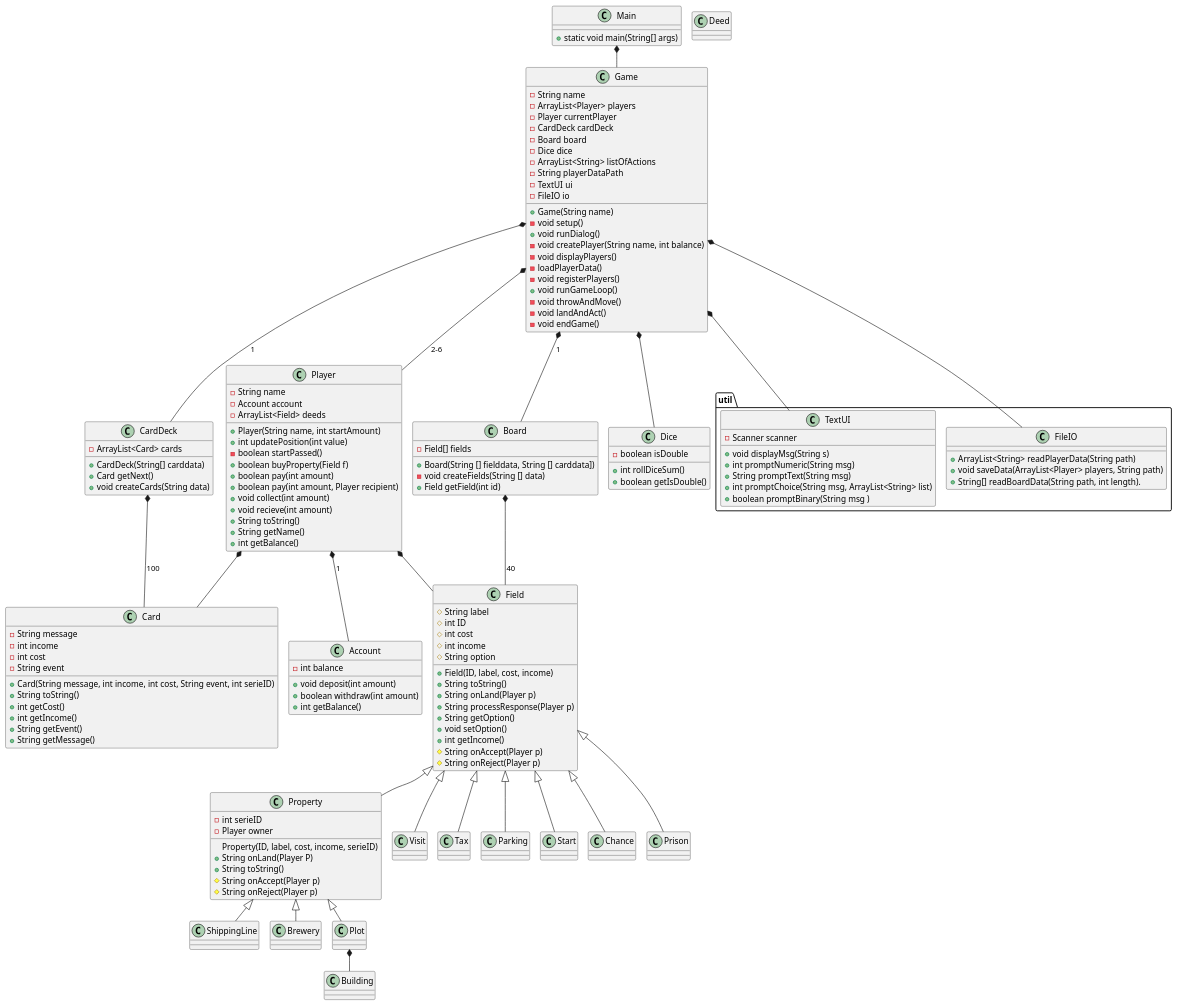
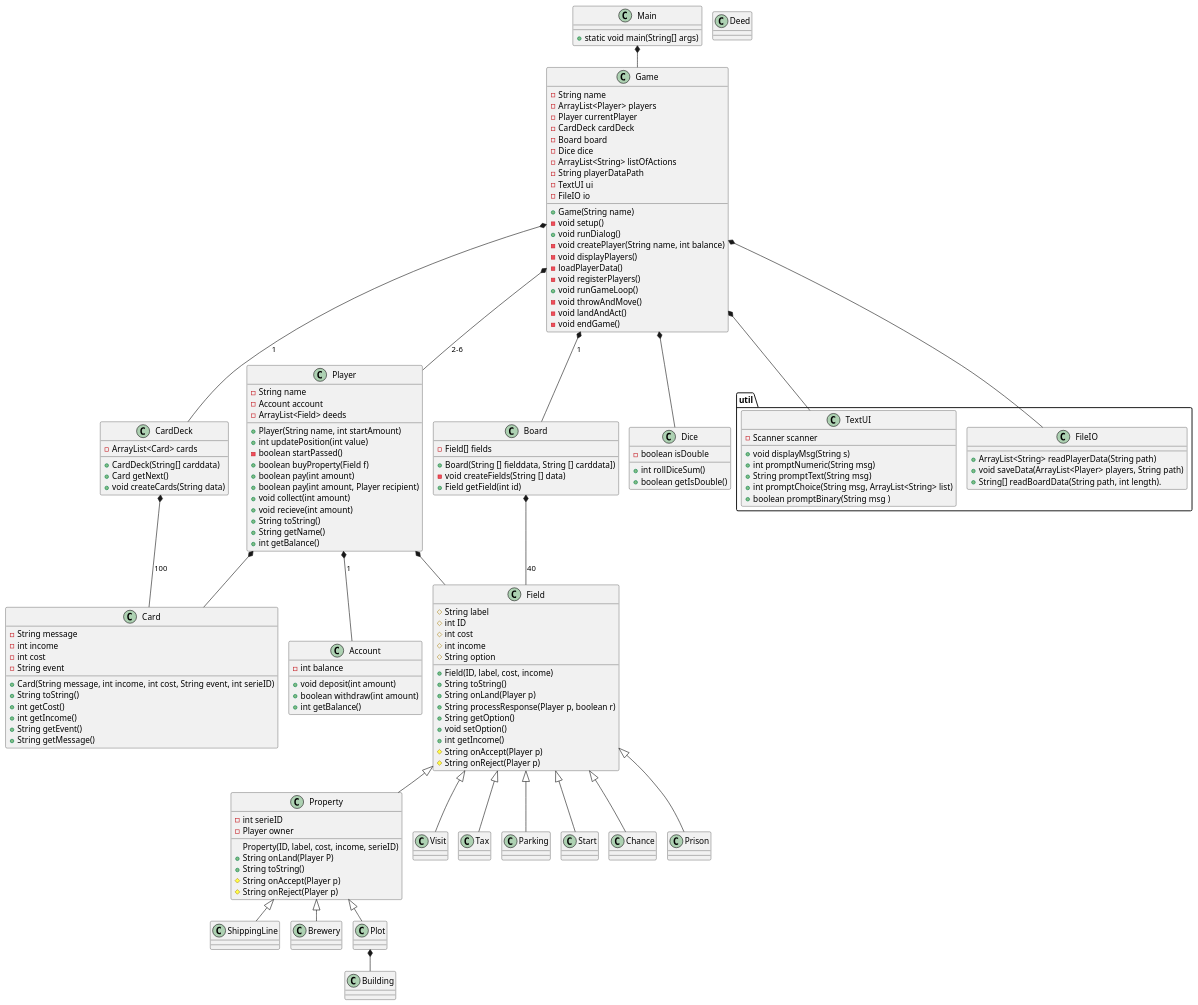
The diagram in doc/Plan/static/classdiagram_v2.puml (Dat1Cphbusiness/MonopolyE24), drawn with PlantUML before and after one commit.

Commit message:
fixed, processrespons parameter

```diff
--- a/doc/Plan/static/classdiagram_v2.puml
+++ b/doc/Plan/static/classdiagram_v2.puml
@@ -1,173 +1,173 @@
 @startuml
 !pragma layout smetana
 class Main{
 + static void main(String[] args)
 }
 
 
 
 
 class Game{
  - String name
  - ArrayList<Player> players
  - Player currentPlayer
  - CardDeck cardDeck
  - Board board
  - Dice dice
  'utilities
   - ArrayList<String> listOfActions
   - String playerDataPath
   - TextUI ui
   - FileIO io
   'Contructor
  + Game(String name)
  'Methods
  - void setup()
  + void runDialog()
  - void createPlayer(String name, int balance)
  - void displayPlayers()
   - loadPlayerData()
  - void registerPlayers()
  + void runGameLoop()
  - void throwAndMove()
  - void landAndAct()
  - void endGame()
 
 }
 
 class Player{
 - String name
 - Account account
 - ArrayList<Field> deeds
 + Player(String name, int startAmount)
 + int updatePosition(int value)
 - boolean startPassed()
 + boolean buyProperty(Field f)
 + boolean pay(int amount)
 + boolean pay(int amount, Player recipient)
 + void collect(int amount)
 + void recieve(int amount)
 + String toString()
 + String getName()
 + int getBalance()
 }
 class Account{
 - int balance
 + void deposit(int amount)
 + boolean withdraw(int amount)
 + int getBalance()
 }
 
 
 
 
 class Field{
  # String label
  # int ID
  # int cost
  # int income
  #String option
  + Field(ID, label, cost, income)
  + String toString()
  + String onLand(Player p)
- + String processResponse(Player p)
+ + String processResponse(Player p, boolean r)
  + String getOption()
  + void setOption()
  + int getIncome()
  # String onAccept(Player p)
  # String onReject(Player p)
 }
 class Property{
 - int serieID
 - Player owner
 Property(ID, label, cost, income, serieID)
 +String onLand(Player P)
 +String toString()
 #String onAccept(Player p)
 #String onReject(Player p)
 }
 class Board{
  - Field[] fields
  + Board(String [] fielddata, String [] carddata])
  - void createFields(String [] data)
  + Field getField(int id)
 }
 
 class CardDeck {
 - ArrayList<Card> cards
 + CardDeck(String[] carddata)
 + Card getNext()
 + void createCards(String data)
 }
 class Card{
 -String message
 -int income
 -int cost
 -String event
 +Card(String message, int income, int cost, String event, int serieID)
 +String toString()
 + int getCost()
 + int getIncome()
 + String getEvent()
 + String getMessage()
 }
 
 class Dice{
  - boolean isDouble
  +int rollDiceSum()
  +boolean getIsDouble()
  }
  class Visit
  class Tax
  class Parking
  class Start
  class Chance
  class ShippingLine
  class Brewery
  class Building
  class Deed
  class Plot
 
 package "util" {
 class TextUI{
 - Scanner scanner
 + void displayMsg(String s)
 + int promptNumeric(String msg)
 + String promptText(String msg)
 + int promptChoice(String msg, ArrayList<String> list)
 + boolean promptBinary(String msg )
 }
 class FileIO{
 + ArrayList<String> readPlayerData(String path)
 + void saveData(ArrayList<Player> players, String path)
 + String[] readBoardData(String path, int length).
 }
 }
 
 Game *-- TextUI
 Main *-- Game
 Game *-- Player: 2-6
 Game *-- FileIO
 Player *-- Account:1
 Game *-- Board:1
 Board *-- Field:40
 Game *-- CardDeck:1
 CardDeck *-- Card:100
 Game *-- Dice
 Player *-- Card
 Player *-- Field
 Field <|-- Property
 Field <|-- Visit
 Field <|-- Tax
 Field <|-- Chance
 Field <|-- Parking
 Field <|-- Start
 Field <|-- Prison
 Property <|-- ShippingLine
 Property <|-- Brewery
 Property <|-- Plot
 Plot *-- Building
 
 
 
 @enduml
```
